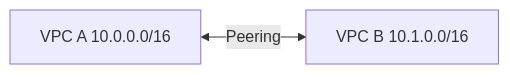
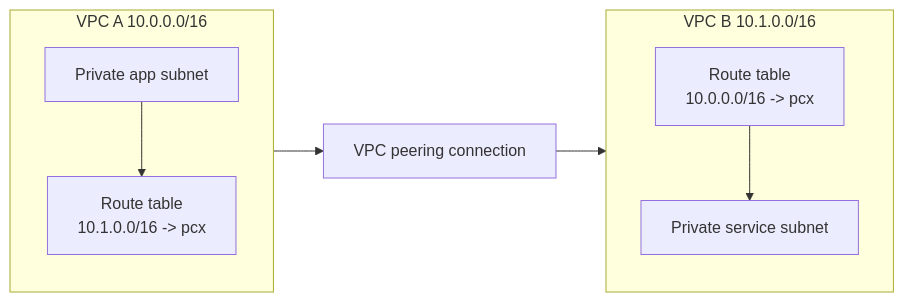
The diagram in 05 - Networking, DNS, and Edge/VPC Peering.md (rooneyviet/aws-learning-obsidian), drawn with Mermaid before and after one commit. The commit also changed 7 other files, not shown here.

````diff
--- a/05 - Networking, DNS, and Edge/VPC Peering.md
+++ b/05 - Networking, DNS, and Edge/VPC Peering.md
@@ -22,4 +22,18 @@
 ```mermaid
 flowchart LR
-    VPCA[VPC A 10.0.0.0/16] <-- Peering --> VPCB[VPC B 10.1.0.0/16]
+    subgraph VPCA["VPC A 10.0.0.0/16"]
+        direction TB
+        AApp[Private app subnet]
+        ARoutes["Route table\n10.1.0.0/16 -> pcx"]
+    end
+
+    PCX[VPC peering connection]
+
+    subgraph VPCB["VPC B 10.1.0.0/16"]
+        direction TB
+        BApp[Private service subnet]
+        BRoutes["Route table\n10.0.0.0/16 -> pcx"]
+    end
+
+    AApp --> ARoutes --> PCX --> BRoutes --> BApp
 ```
````
